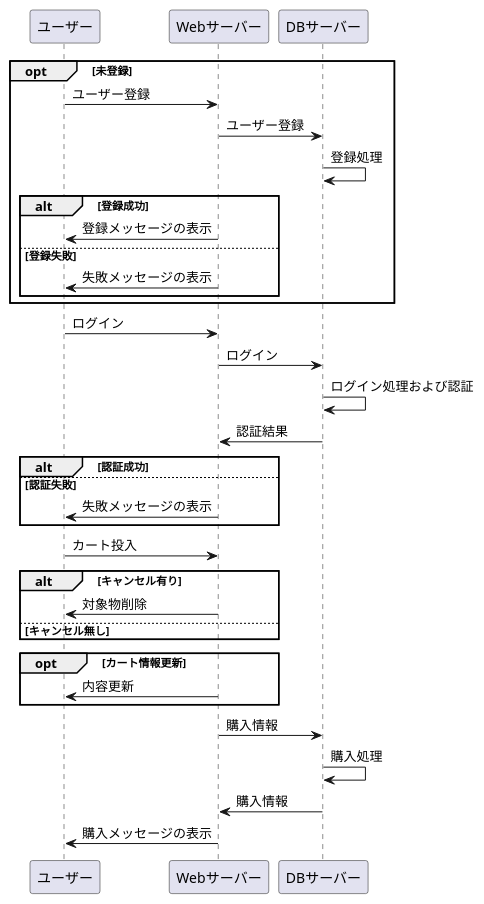
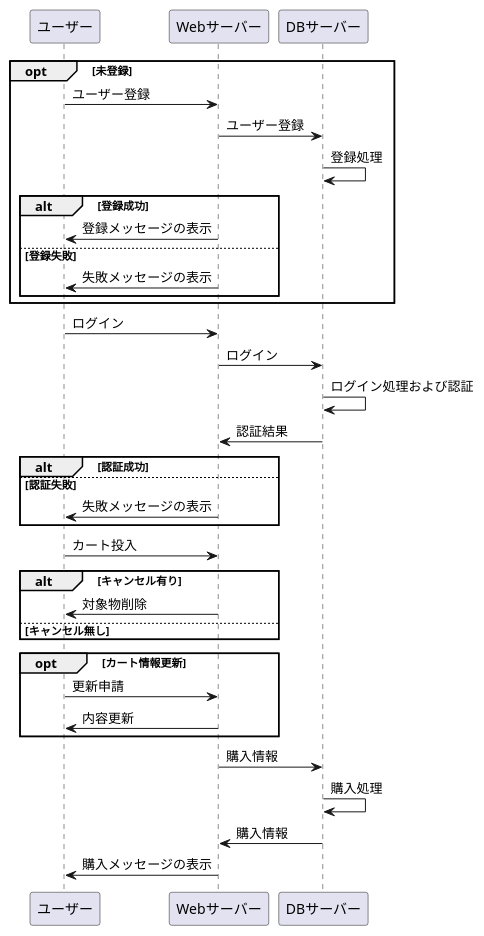
One commit to Aso2001374/2021sys-design changed the diagram in 0511kadai.md. Above: the diagram before and after it, drawn with PlantUML.

````diff
--- a/0511kadai.md
+++ b/0511kadai.md
@@ -1,49 +1,50 @@
 ```uml
 @startuml
 
 opt 未登録
 
 ユーザー -> Webサーバー:ユーザー登録
 Webサーバー -> DBサーバー:ユーザー登録
 DBサーバー -> DBサーバー:登録処理
 
   alt 登録成功
     Webサーバー ->ユーザー:登録メッセージの表示
   else 登録失敗
     Webサーバー ->ユーザー:失敗メッセージの表示
   end
   
 end
 
 ユーザー -> Webサーバー:ログイン
 Webサーバー -> DBサーバー:ログイン
 DBサーバー -> DBサーバー:ログイン処理および認証
 DBサーバー -> Webサーバー:認証結果
 
   alt 認証成功
     else 認証失敗
     Webサーバー ->ユーザー:失敗メッセージの表示
   end
     
 
 ユーザー -> Webサーバー:カート投入
 
   
   alt キャンセル有り
       Webサーバー ->ユーザー:対象物削除
     else キャンセル無し
   end
   
   opt カート情報更新
+      ユーザー -> Webサーバー:更新申請
       Webサーバー ->ユーザー:内容更新
   end
   
 Webサーバー -> DBサーバー:購入情報
 DBサーバー -> DBサーバー:購入処理
 DBサーバー -> Webサーバー:購入情報
 Webサーバー ->ユーザー:購入メッセージの表示
   
   
 
 @enduml
 ```
````
